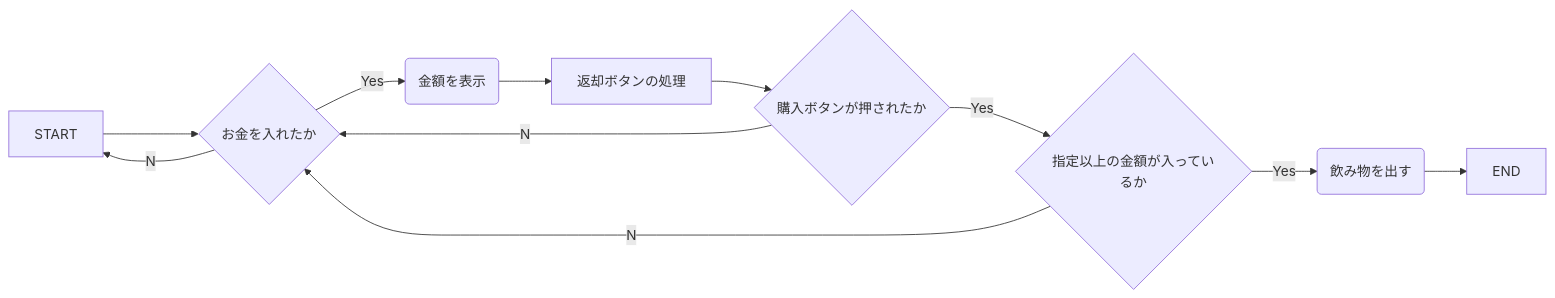
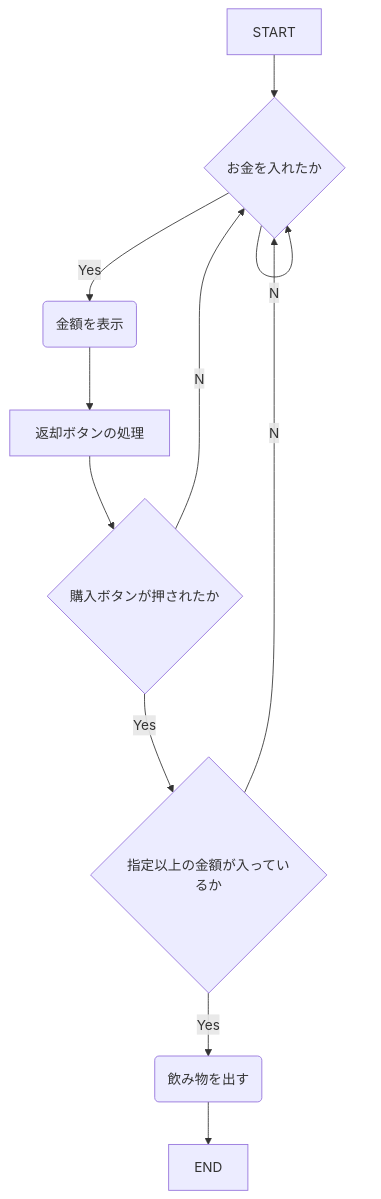
Before and after one commit to tpu-game-2022/mermaid_test: the diagram in README.md, drawn with Mermaid.

Commit message:
フローチャートを変更した

````diff
--- a/README.md
+++ b/README.md
@@ -20,13 +20,13 @@
 ```mermaid
-flowchart LR
+flowchart TB
   START-->B{お金を入れたか}
   B--Yes-->C(金額を表示)
-  B--No-->START
+  B--No-->B
   C-->返却ボタンの処理-->E{購入ボタンが押されたか}
   E{購入ボタンが押されたか}--Yes-->F{指定以上の金額が入っているか}
   E--No-->B
   F--Yes-->G(飲み物を出す)
   F--No-->B
   G-->END
 
 ```
````
